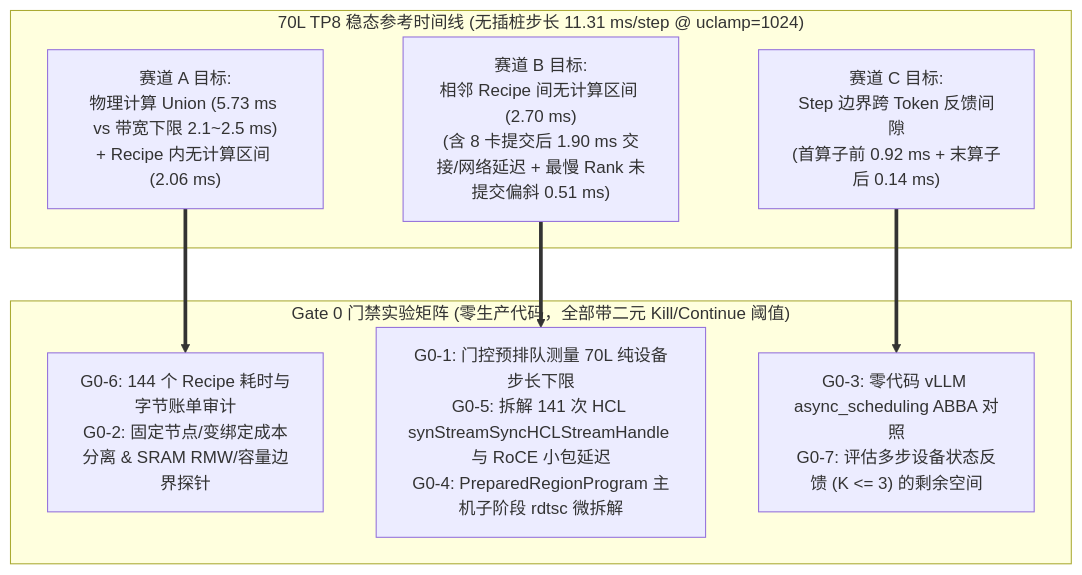
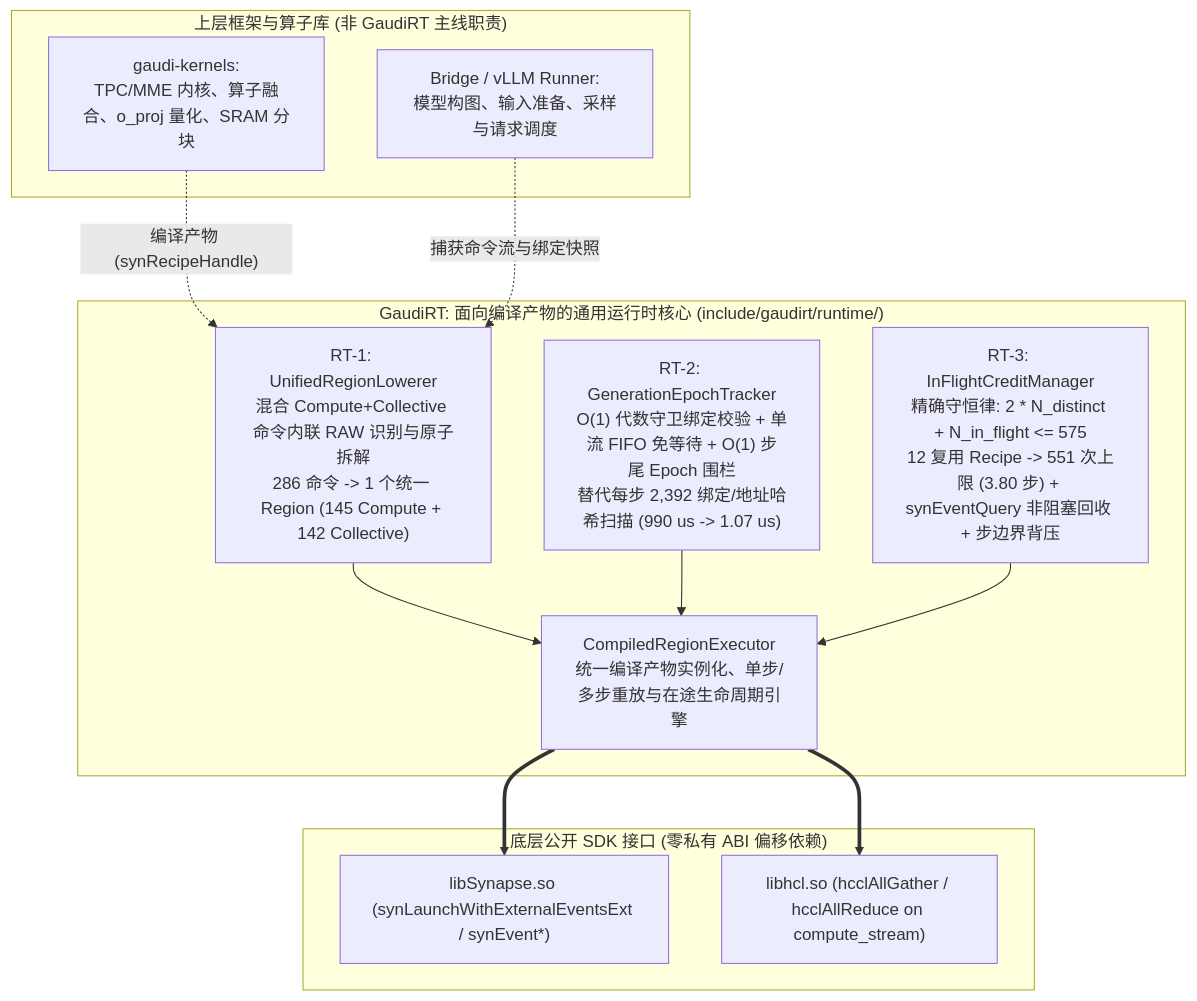
One commit to tracycam/GaudiRT changed the diagram in docs/DESIGN.md. Above: the diagram before and after it, drawn with Mermaid. The commit also changed other lines of this file and 9 other files, not shown here.

````diff
--- a/docs/DESIGN.md
+++ b/docs/DESIGN.md
@@ -27,18 +40,27 @@
 ```mermaid
 flowchart TD
-    subgraph T["70L TP8 稳态参考时间线 (无插桩步长 11.31 ms/step @ uclamp=1024)"]
-        B_A["赛道 A 目标:<br/>物理计算 Union (5.73 ms vs 带宽下限 2.1~2.5 ms)<br/>+ Recipe 内无计算区间 (2.06 ms)"]
-        B_B["赛道 B 目标:<br/>相邻 Recipe 间无计算区间 (2.70 ms)<br/>(含 8 卡提交后 1.90 ms 交接/网络延迟 + 最慢 Rank 未提交偏斜 0.51 ms)"]
-        B_C["赛道 C 目标:<br/>Step 边界跨 Token 反馈间隙<br/>(首算子前 0.92 ms + 末算子后 0.14 ms)"]
+    subgraph Upper["上层框架与算子库 (非 GaudiRT 主线职责)"]
+        GK["gaudi-kernels:<br/>TPC/MME 内核、算子融合、o_proj 量化、SRAM 分块"]
+        BR["Bridge / vLLM Runner:<br/>模型构图、输入准备、采样与请求调度"]
     end
 
-    subgraph G0["Gate 0 门禁实验矩阵 (零生产代码，全部带二元 Kill/Continue 阈值)"]
-        G0_A["G0-6: 144 个 Recipe 耗时与字节账单审计<br/>G0-2: 固定节点/变绑定成本分离 & SRAM RMW/容量边界探针"]
-        G0_B["G0-1: 门控预排队测量 70L 纯设备步长下限<br/>G0-5: 拆解 141 次 HCL synStreamSyncHCLStreamHandle 与 RoCE 小包延迟<br/>G0-4: PreparedRegionProgram 主机子阶段 rdtsc 微拆解"]
-        G0_C["G0-3: 零代码 vLLM async_scheduling ABBA 对照<br/>G0-7: 评估多步设备状态反馈 (K <= 3) 的剩余空间"]
+    subgraph GRT["GaudiRT: 面向编译产物的通用运行时核心 (include/gaudirt/runtime/)"]
+        URL["RT-1: UnifiedRegionLowerer<br/>混合 Compute+Collective 命令内联 RAW 识别与原子拆解<br/>286 命令 -> 1 个统一 Region (145 Compute + 142 Collective)"]
+        GET["RT-2: GenerationEpochTracker<br/>O(1) 代数守卫绑定校验 + 单流 FIFO 免等待 + O(1) 步尾 Epoch 围栏<br/>替代每步 2,392 绑定/地址哈希扫描 (990 us -> 1.07 us)"]
+        ICM["RT-3: InFlightCreditManager<br/>精确守恒律: 2 * N_distinct + N_in_flight <= 575<br/>12 复用 Recipe -> 551 次上限 (3.80 步) + synEventQuery 非阻塞回收 + 步边界背压"]
+        CRE["CompiledRegionExecutor<br/>统一编译产物实例化、单步/多步重放与在途生命周期引擎"]
+        URL --> CRE
+        GET --> CRE
+        ICM --> CRE
     end
 
-    B_A ==> G0_A
-    B_B ==> G0_B
-    B_C ==> G0_C
+    subgraph HW["底层公开 SDK 接口 (零私有 ABI 偏移依赖)"]
+        SYN["libSynapse.so (synLaunchWithExternalEventsExt / synEvent*)"]
+        HCL["libhcl.so (hcclAllGather / hcclAllReduce on compute_stream)"]
+    end
+
+    GK -. "编译产物 (synRecipeHandle)" .-> URL
+    BR -. "捕获命令流与绑定快照" .-> URL
+    CRE ==> SYN
+    CRE ==> HCL
 ```
````
